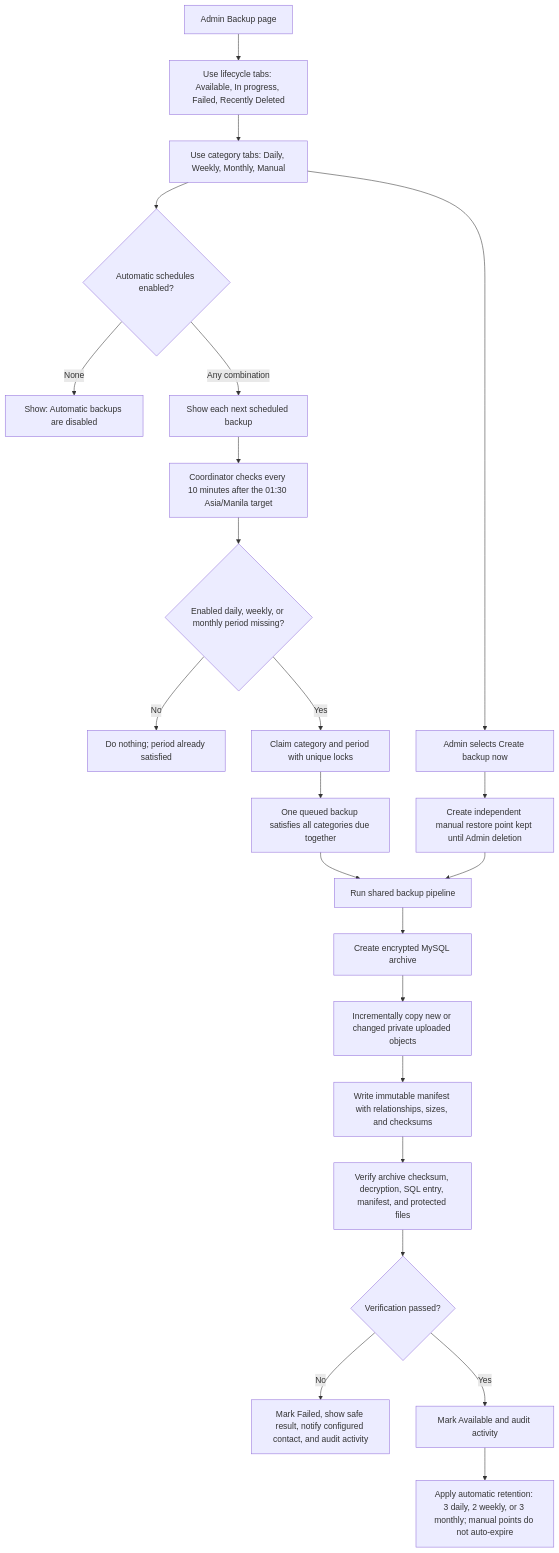
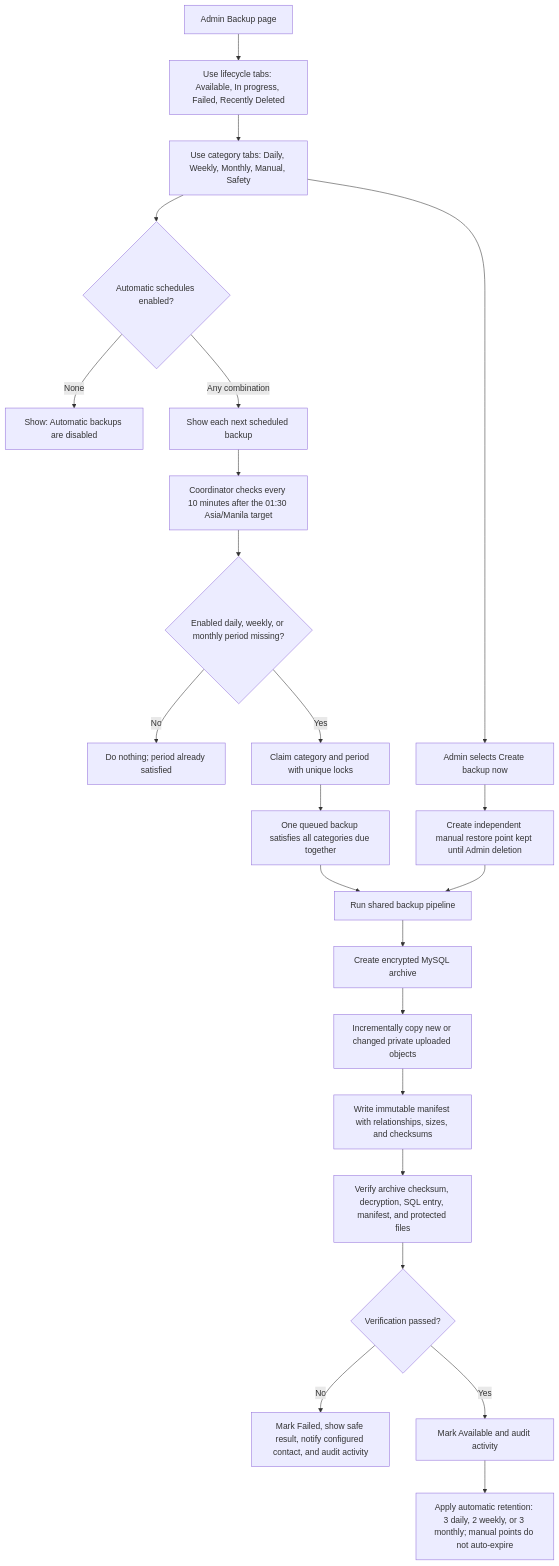
Before and after one commit to ja2gc/Nutriscope: the first of 4 diagrams in docs/modules/Flowcharts/Backup and Recovery.md, drawn with Mermaid. The commit also changed other lines of this file and 8 other files, not shown here.

````diff
--- a/docs/modules/Flowcharts/Backup and Recovery.md
+++ b/docs/modules/Flowcharts/Backup and Recovery.md
@@ -7,25 +7,25 @@
 ```mermaid
 flowchart TD
     A["Admin Backup page"] --> A1["Use lifecycle tabs: Available, In progress, Failed, Recently Deleted"]
-    A1 --> A2["Use category tabs: Daily, Weekly, Monthly, Manual"]
+    A1 --> A2["Use category tabs: Daily, Weekly, Monthly, Manual, Safety"]
     A2 --> B{"Automatic schedules enabled?"}
     B -->|"None"| C["Show: Automatic backups are disabled"]
     B -->|"Any combination"| D["Show each next scheduled backup"]
     D --> E["Coordinator checks every 10 minutes after the 01:30 Asia/Manila target"]
     E --> F{"Enabled daily, weekly, or monthly period missing?"}
     F -->|"No"| G["Do nothing; period already satisfied"]
     F -->|"Yes"| H["Claim category and period with unique locks"]
     H --> I["One queued backup satisfies all categories due together"]
     A2 --> J["Admin selects Create backup now"]
     J --> K["Create independent manual restore point kept until Admin deletion"]
     I --> L["Run shared backup pipeline"]
     K --> L
     L --> M["Create encrypted MySQL archive"]
     M --> N["Incrementally copy new or changed private uploaded objects"]
     N --> O["Write immutable manifest with relationships, sizes, and checksums"]
     O --> P["Verify archive checksum, decryption, SQL entry, manifest, and protected files"]
     P --> Q{"Verification passed?"}
     Q -->|"No"| R["Mark Failed, show safe result, notify configured contact, and audit activity"]
     Q -->|"Yes"| S["Mark Available and audit activity"]
     S --> T["Apply automatic retention: 3 daily, 2 weekly, or 3 monthly; manual points do not auto-expire"]
 ```
````
